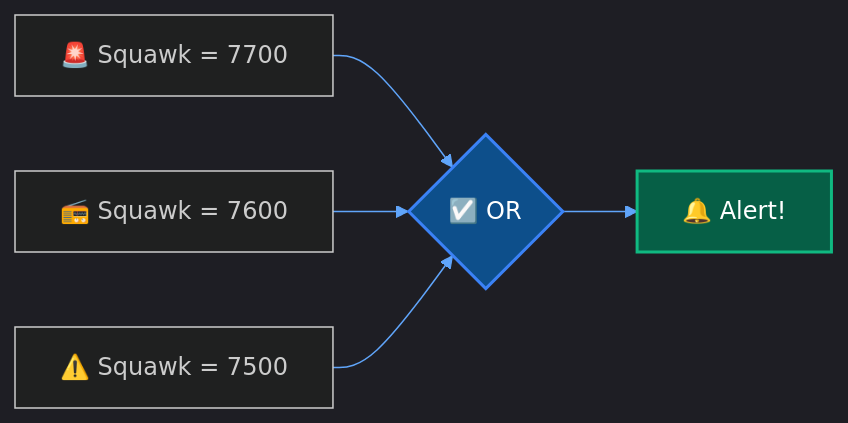
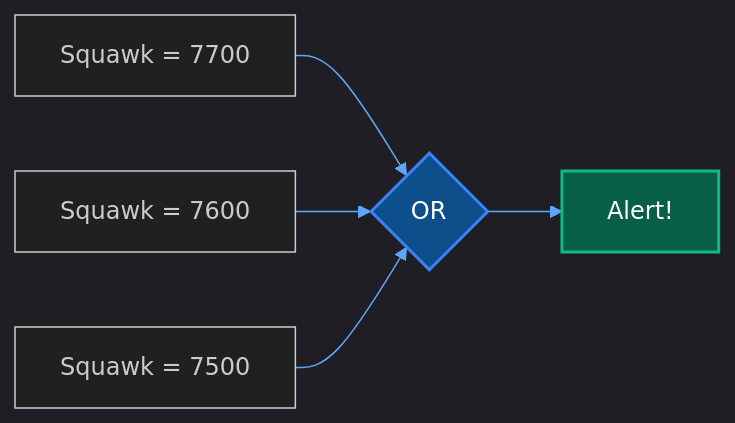
The second of 3 diagrams in docs/Getting Started/safety-and-alerts/custom-rules.md (CHA0S-CORP/SkySpyDocs), drawn with Mermaid before and after one commit. The commit also changed other lines of this file and 94 other files, not shown here.

````diff
--- a/docs/Getting Started/safety-and-alerts/custom-rules.md
+++ b/docs/Getting Started/safety-and-alerts/custom-rules.md
@@ -110,11 +111,11 @@
-    ```mermaid
-    %%{init: {'theme': 'dark', 'themeVariables': { 'primaryColor': '#1e3a5f', 'primaryTextColor': '#fff', 'primaryBorderColor': '#3b82f6', 'lineColor': '#60a5fa'}}}%%
-    flowchart LR
-        S1["🚨 Squawk = 7700"] --> OR{"☑️ OR"}
-        S2["📻 Squawk = 7600"] --> OR
-        S3["⚠️ Squawk = 7500"] --> OR
-        OR --> ALERT["🔔 Alert!"]
+```mermaid
+%%{init: {'theme': 'dark', 'themeVariables': { 'primaryColor': '#1e3a5f', 'primaryTextColor': '#fff', 'primaryBorderColor': '#3b82f6', 'lineColor': '#60a5fa'}}}%%
+flowchart LR
+    S1["Squawk = 7700"] --> OR{"OR"}
+    S2["Squawk = 7600"] --> OR
+    S3["Squawk = 7500"] --> OR
+    OR --> ALERT["Alert!"]
 
-        style OR fill:#0d4f8b,stroke:#3b82f6,stroke-width:2px,color:#fff
-        style ALERT fill:#065f46,stroke:#10b981,stroke-width:2px,color:#fff
-    ```
+    style OR fill:#0d4f8b,stroke:#3b82f6,stroke-width:2px,color:#fff
+    style ALERT fill:#065f46,stroke:#10b981,stroke-width:2px,color:#fff
+```
````
